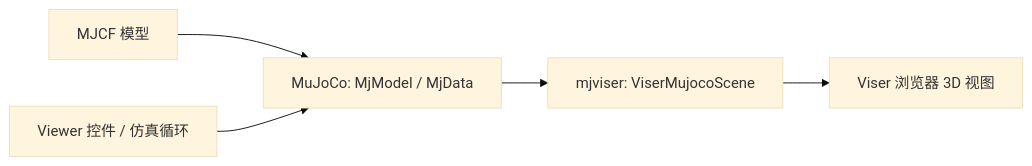
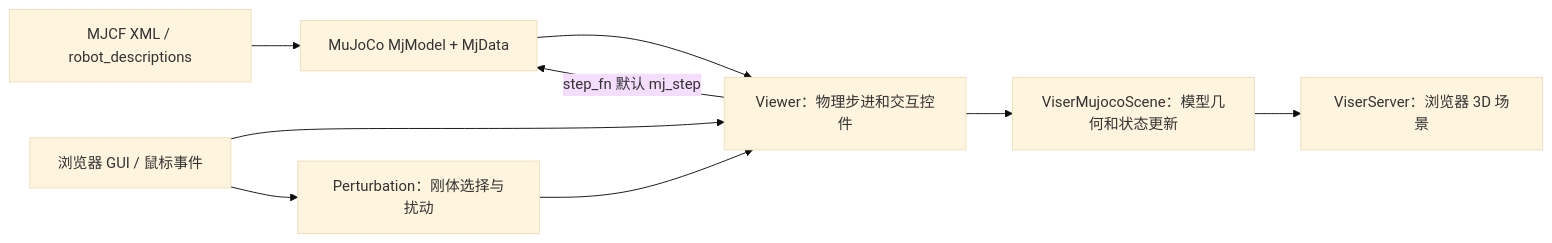
The first of 2 diagrams in wiki/entities/mjviser.md (ImChong/Robotics_Notebooks), drawn with Mermaid (base theme) before and after one commit. The commit also changed other lines of this file, not shown here.

Commit message:
[2026-11-17] ingest | wiki/entities/mjviser.md — 更新 mjviser 官方源码与使用边界

````diff
--- a/wiki/entities/mjviser.md
+++ b/wiki/entities/mjviser.md
@@ -44,7 +41,11 @@
 ```mermaid
 flowchart LR
-  A["MJCF 模型"] --> B["MuJoCo: MjModel / MjData"]
-  B --> C["mjviser: ViserMujocoScene"]
-  C --> D["Viser 浏览器 3D 视图"]
-  E["Viewer 控件 / 仿真循环"] --> B
+  A["MJCF XML / robot_descriptions"] --> B["MuJoCo MjModel + MjData"]
+  B --> C["Viewer：物理步进和交互控件"]
+  C --> D["ViserMujocoScene：模型几何和状态更新"]
+  D --> E["ViserServer：浏览器 3D 场景"]
+  F["浏览器 GUI / 鼠标事件"] --> C
+  F --> G["Perturbation：刚体选择与扰动"]
+  G --> C
+  C -->|step_fn 默认 mj_step| B
 ```
````
